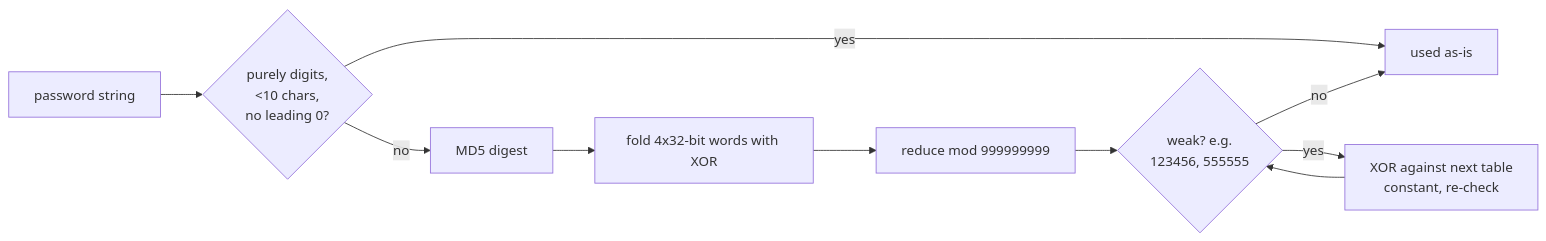
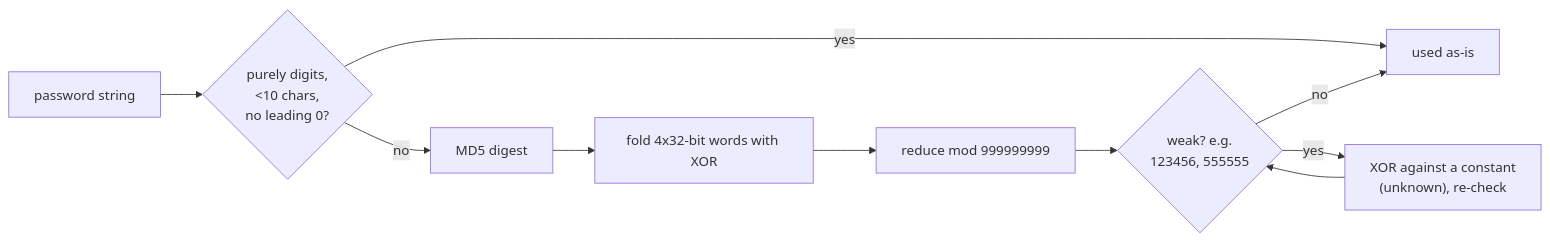
Before and after one commit to LouisBrunner/ha-gwell-ipcam: the second of 6 diagrams in docs/PROTOCOL.md, drawn with Mermaid. The commit also changed other lines of this file and 30 other files, not shown here.

````diff
--- a/docs/PROTOCOL.md
+++ b/docs/PROTOCOL.md
@@ -89,12 +122,12 @@
 ```mermaid
 flowchart LR
     P[password string] --> Q{purely digits,\n<10 chars,\nno leading 0?}
     Q -- yes --> A[used as-is]
     Q -- no --> B[MD5 digest]
     B --> C[fold 4x32-bit words with XOR]
     C --> D[reduce mod 999999999]
     D --> E{"weak"? e.g.\n123456, 555555}
-    E -- yes --> F[XOR against next table\nconstant, re-check]
+    E -- yes --> F["XOR against a constant\n(unknown), re-check"]
     F --> E
     E -- no --> A
 ```
````
